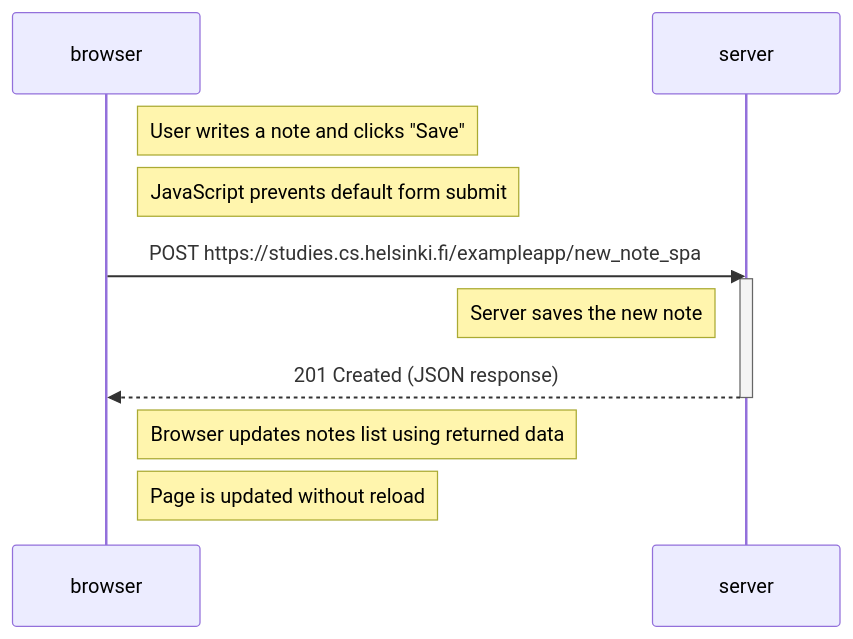
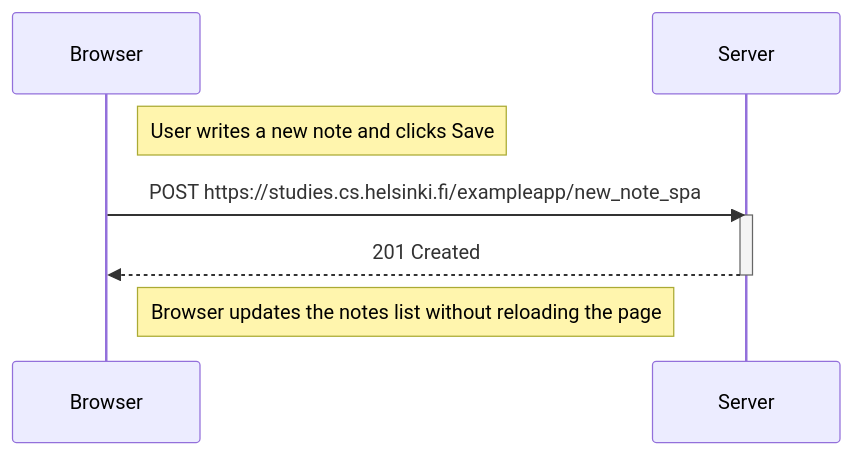
Before and after one commit to Rehanscoder12/fullstackcourse: the diagram in ex06.md, drawn with Mermaid.

````diff
--- a/ex06.md
+++ b/ex06.md
@@ -1,18 +1,14 @@
 ```mermaid
 sequenceDiagram
-    participant browser
-    participant server
+    participant Browser
+    participant Server
 
-    Note right of browser: User writes a note and clicks "Save"
+    Note right of Browser: User writes a new note and clicks Save
 
-    Note right of browser: JavaScript prevents default form submit
+    Browser->>Server: POST https://studies.cs.helsinki.fi/exampleapp/new_note_spa
+    activate Server
+    Server-->>Browser: 201 Created
+    deactivate Server
 
-    browser->>server: POST https://studies.cs.helsinki.fi/exampleapp/new_note_spa
-    activate server
-    Note left of server: Server saves the new note
-    server-->>browser: 201 Created (JSON response)
-    deactivate server
-
-    Note right of browser: Browser updates notes list using returned data
-    Note right of browser: Page is updated without reload
+    Note right of Browser: Browser updates the notes list without reloading the page
 ```
````
